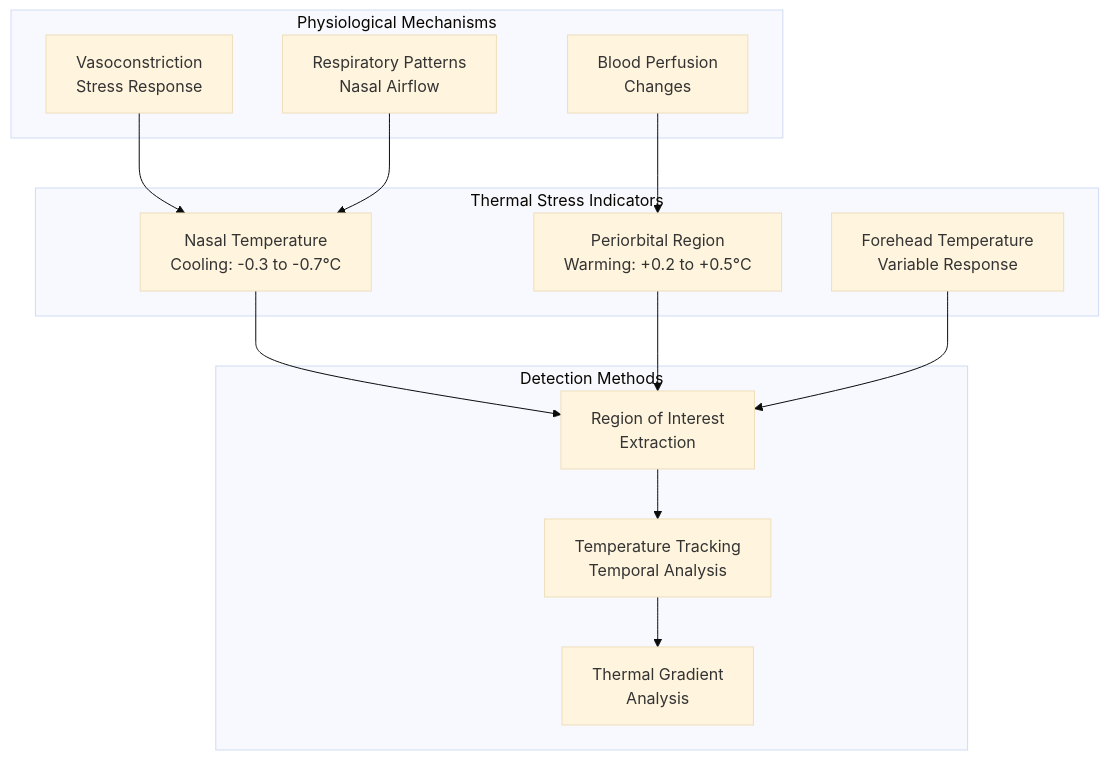
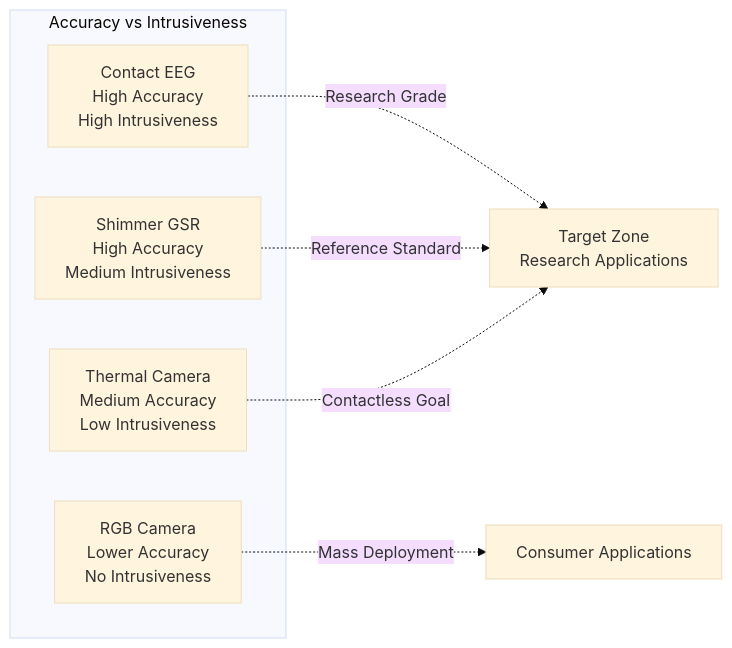
The fourth of 15 diagrams in docs/thesis_report/final/appendix_z_consolidated_figures.md (buccancs/fyp-multi-sensor-recording-system), drawn with Mermaid (base theme) before and after one commit. The commit also changed other lines of this file and 2 other files, not shown here.

````diff
--- a/docs/thesis_report/final/appendix_z_consolidated_figures.md
+++ b/docs/thesis_report/final/appendix_z_consolidated_figures.md
@@ -176,31 +134,14 @@
 ```mermaid
-graph TD
-    subgraph "Thermal Stress Indicators"
-        NASAL[Nasal Temperature<br/>Cooling: -0.3 to -0.7°C]
-        PERIORBITAL[Periorbital Region<br/>Warming: +0.2 to +0.5°C]
-        FOREHEAD[Forehead Temperature<br/>Variable Response]
+graph LR
+    subgraph "Accuracy vs Intrusiveness"
+        HIGH_ACC_HIGH_INT[Contact EEG<br/>High Accuracy<br/>High Intrusiveness]
+        HIGH_ACC_LOW_INT[Shimmer GSR<br/>High Accuracy<br/>Medium Intrusiveness]
+        MED_ACC_LOW_INT[Thermal Camera<br/>Medium Accuracy<br/>Low Intrusiveness]
+        LOW_ACC_NO_INT[RGB Camera<br/>Lower Accuracy<br/>No Intrusiveness]
     end
     
-    subgraph "Physiological Mechanisms"
-        VASOCONSTRICTION[Vasoconstriction<br/>Stress Response]
-        PERFUSION[Blood Perfusion<br/>Changes]
-        BREATHING[Respiratory Patterns<br/>Nasal Airflow]
-    end
-    
-    subgraph "Detection Methods"
-        ROI[Region of Interest<br/>Extraction]
-        TEMP_TRACK[Temperature Tracking<br/>Temporal Analysis]
-        GRADIENT[Thermal Gradient<br/>Analysis]
-    end
-    
-    VASOCONSTRICTION --> NASAL
-    PERFUSION --> PERIORBITAL
-    BREATHING --> NASAL
-    
-    NASAL --> ROI
-    PERIORBITAL --> ROI
-    FOREHEAD --> ROI
-    
-    ROI --> TEMP_TRACK
-    TEMP_TRACK --> GRADIENT
+    HIGH_ACC_HIGH_INT -.->|Research Grade| TARGET[Target Zone<br/>Research Applications]
+    HIGH_ACC_LOW_INT -.->|Reference Standard| TARGET
+    MED_ACC_LOW_INT -.->|Contactless Goal| TARGET
+    LOW_ACC_NO_INT -.->|Mass Deployment| CONSUMER[Consumer Applications]
 ```
````
